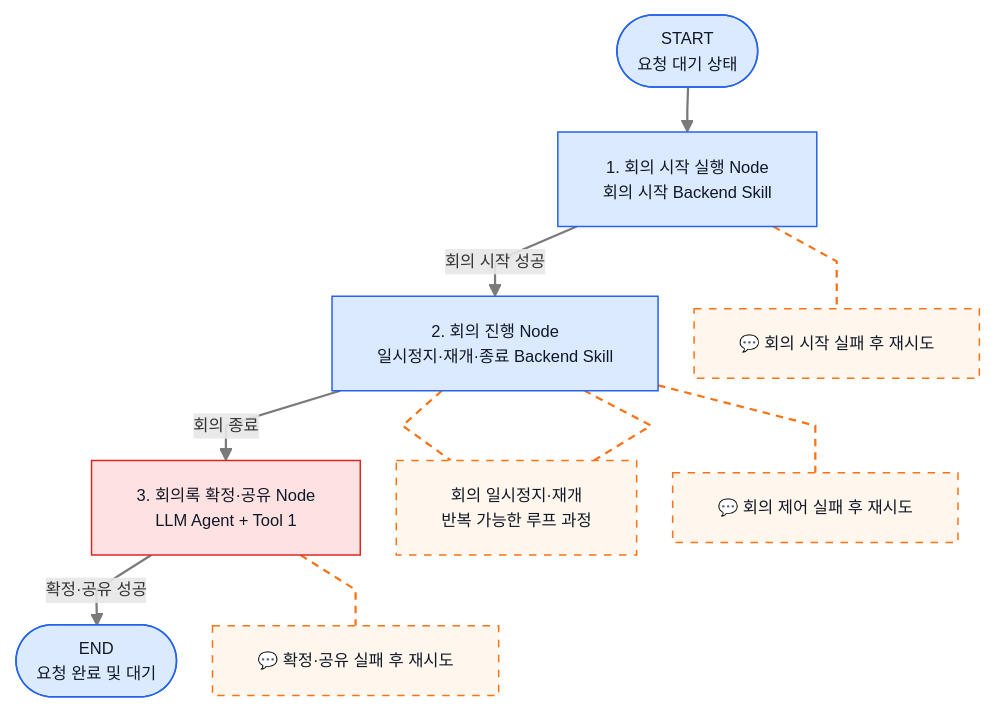
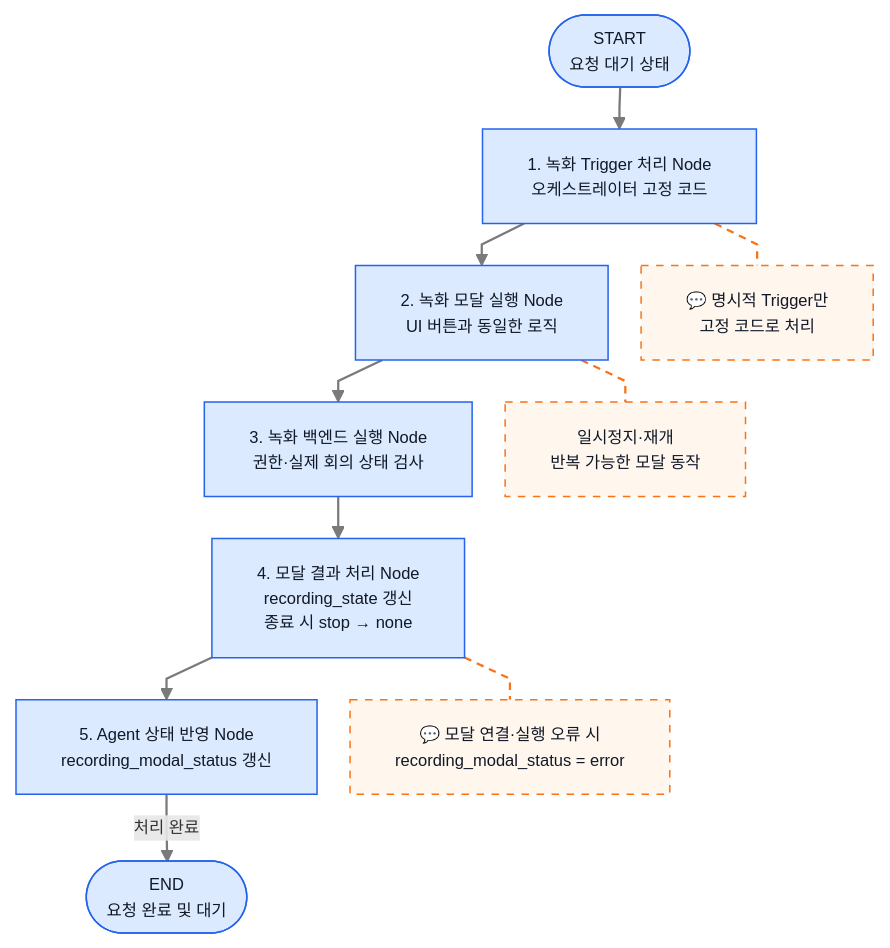
One commit to ericyum/Obsidian changed the first of 8 diagrams in ZENAI/에이전트 설계/회의록 에이전트 설계/1-2. 회의록 에이전트 워크플로우 Graph 상세.md. Above: the diagram before and after it, drawn with Mermaid. The commit also changed other lines of this file and 5 other files, not shown here.

````diff
--- a/ZENAI/에이전트 설계/회의록 에이전트 설계/1-2. 회의록 에이전트 워크플로우 Graph 상세.md
+++ b/ZENAI/에이전트 설계/회의록 에이전트 설계/1-2. 회의록 에이전트 워크플로우 Graph 상세.md
@@ -151,22 +162,19 @@
 ```mermaid
-%%{init: {"flowchart": {"useMaxWidth": true, "nodeSpacing": 24, "rankSpacing": 30, "curve": "linear"}, "themeVariables": {"fontSize": "11px"}}}%%
+%%{init: {"flowchart": {"useMaxWidth": true, "nodeSpacing": 22, "rankSpacing": 28, "curve": "linear"}, "themeVariables": {"fontSize": "11px"}}}%%
 flowchart TB
-    S(["START<br/>요청 대기 상태"]) --> A["1. 회의 시작 실행 Node<br/>회의 시작 Backend Skill"]
-    A -->|"회의 시작 성공"| B["2. 회의 진행 Node<br/>일시정지·재개·종료 Backend Skill"]
-    B -->|"회의 종료"| C["3. 회의록 확정·공유 Node<br/>LLM Agent + Tool 1"]
-    C -->|"확정·공유 성공"| E(["END<br/>요청 완료 및 대기"])
-    B -.- L["회의 일시정지·재개<br/>반복 가능한 루프 과정"]
-    L -.- B
-    A -.- RA["💬 회의 시작 실패 후 재시도"]
-    B -.- RB["💬 회의 제어 실패 후 재시도"]
-    C -.- RC["💬 확정·공유 실패 후 재시도"]
+    S(["START<br/>요청 대기 상태"]) --> T["1. 녹화 Trigger 처리 Node<br/>오케스트레이터 고정 코드"]
+    T --> M["2. 녹화 모달 실행 Node<br/>UI 버튼과 동일한 로직"]
+    M --> B["3. 녹화 백엔드 실행 Node<br/>권한·실제 회의 상태 검사"]
+    B --> R["4. 모달 결과 처리 Node<br/>recording_state 갱신<br/>종료 시 stop → none"]
+    R --> O["5. Agent 상태 반영 Node<br/>recording_modal_status 갱신"]
+    O -->|"처리 완료"| E(["END<br/>요청 완료 및 대기"])
+    M -.- L["일시정지·재개<br/>반복 가능한 모달 동작"]
+    T -.- RT["💬 명시적 Trigger만<br/>고정 코드로 처리"]
+    R -.- RE["💬 모달 연결·실행 오류 시<br/>recording_modal_status = error"]
     classDef internal fill:#dbeafe,stroke:#2563eb,color:#111827;
-    classDef llm fill:#fee2e2,stroke:#dc2626,color:#111827;
     classDef note fill:#fff7ed,stroke:#f97316,color:#111827,stroke-dasharray:5 5;
-    class A,B internal;
-    class C llm;
-    class S,E internal;
-    class L,RA,RB,RC note;
+    class S,T,M,B,R,O,E internal;
+    class L,RT,RE note;
     linkStyle default stroke:#7a7a7a,stroke-width:1.5px;
-    linkStyle 4,5,6,7,8 stroke:#f97316,stroke-width:1.5px,stroke-dasharray:5 4;
+    linkStyle 6,7,8 stroke:#f97316,stroke-width:1.5px,stroke-dasharray:5 4;
 ```
````
